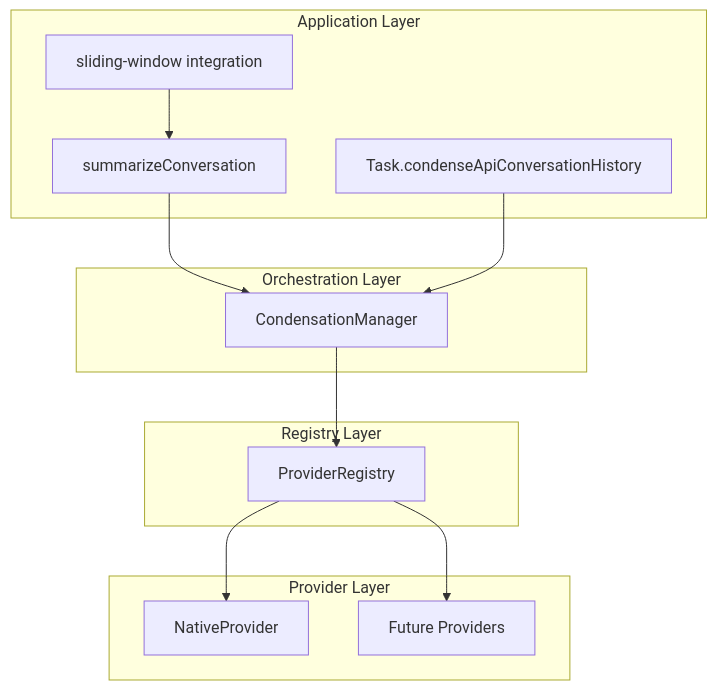
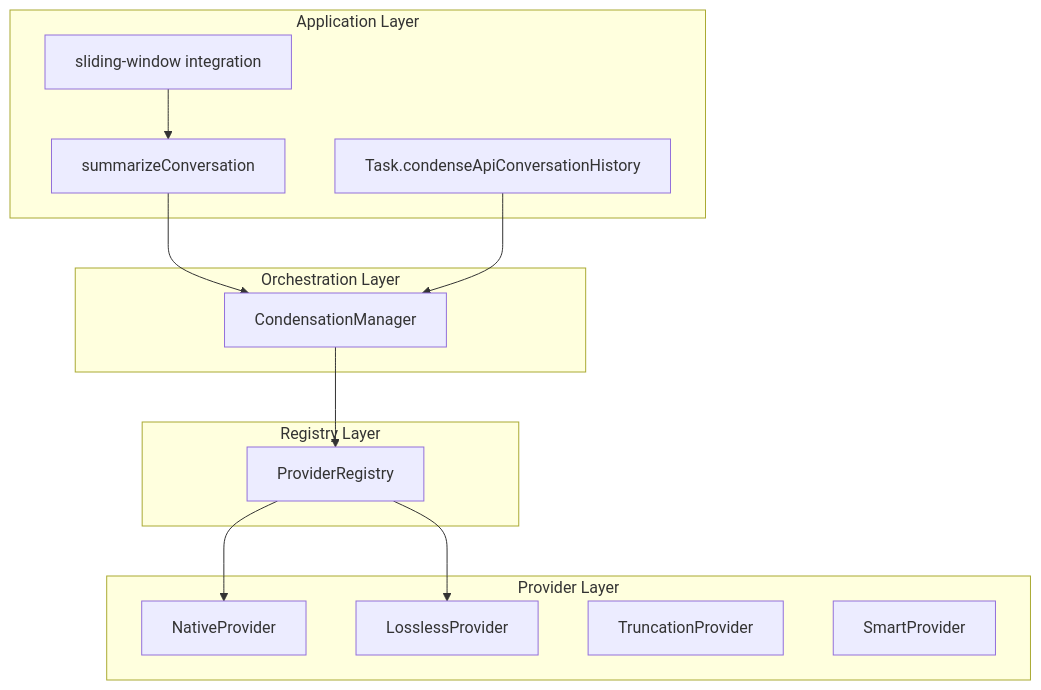
Before and after one commit to jsboige/Roo-Code: the first of 6 diagrams in src/core/condense/docs/ARCHITECTURE.md, drawn with Mermaid. The commit also changed other lines of this file, not shown here.

First line of the commit message:
docs(condense): update ARCHITECTURE with Phases 2-5

````diff
--- a/src/core/condense/docs/ARCHITECTURE.md
+++ b/src/core/condense/docs/ARCHITECTURE.md
@@ -32,28 +32,30 @@
 ```mermaid
 graph TB
     subgraph "Application Layer"
         A1[summarizeConversation]
         A2[Task.condenseApiConversationHistory]
         A3[sliding-window integration]
     end
 
     subgraph "Orchestration Layer"
         B1[CondensationManager]
     end
 
     subgraph "Registry Layer"
         C1[ProviderRegistry]
     end
 
     subgraph "Provider Layer"
         D1[NativeProvider]
-        D2[Future Providers]
+        D2[LosslessProvider]
+        D3[TruncationProvider]
+        D4[SmartProvider]
     end
 
     A1 --> B1
     A2 --> B1
     A3 --> A1
     B1 --> C1
     C1 --> D1
     C1 --> D2
 ```
````
